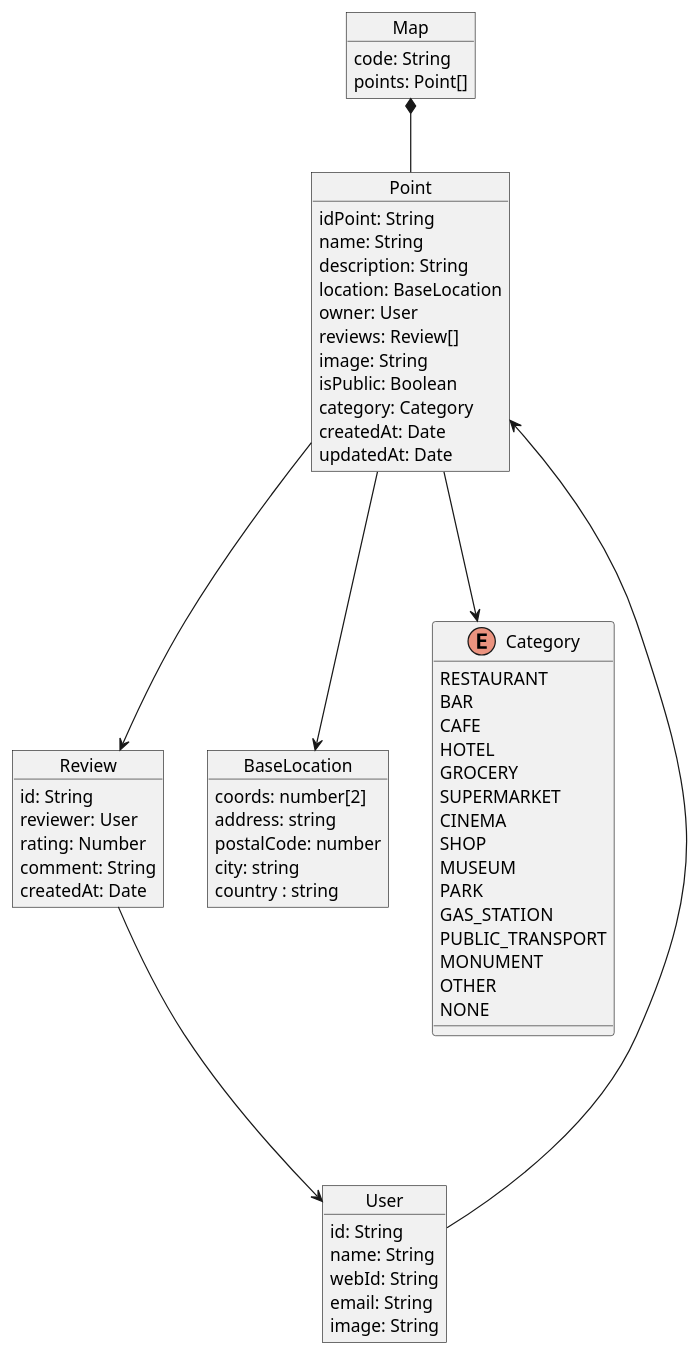
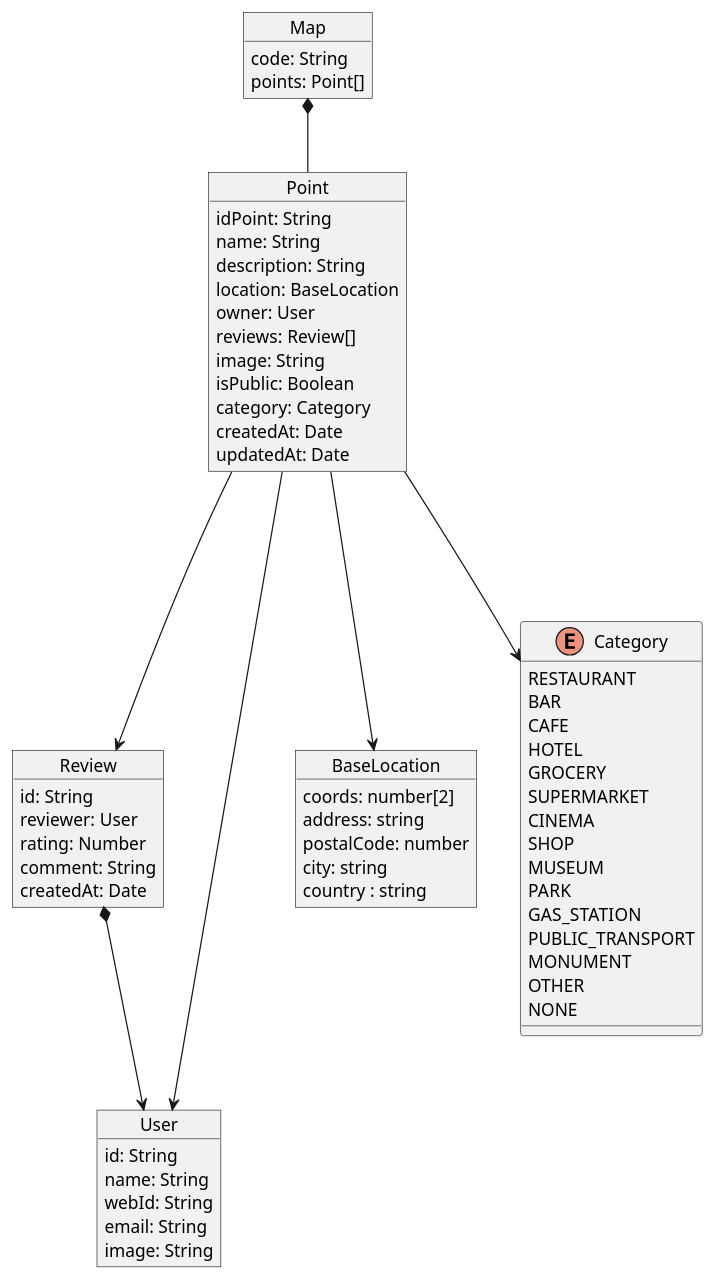
The diagram in docs/08_concepts.adoc (Arquisoft/lomap_es5a), drawn with PlantUML before and after one commit.

Commit message:
Cambios en el diagrama

```diff
--- a/docs/08_concepts.adoc
+++ b/docs/08_concepts.adoc
@@ -7,73 +7,73 @@
 [plantuml, "ModeloDeDominio", png]
 ----
 
 
 object Point{
     idPoint: String
     name: String
     description: String
     location: BaseLocation
     owner: User
     reviews: Review[]
     image: String
     isPublic: Boolean
     category: Category
     createdAt: Date
     updatedAt: Date
 }
 
 object Map{
     code: String
     points: Point[]
 }
 
 object Review{
     id: String
     reviewer: User
     rating: Number
     comment: String
     createdAt: Date
 }
 
 object User{
     id: String
     name: String
     webId: String
     email: String
     image: String
 }
 
 object BaseLocation{
     coords: number[2]
     address: string
     postalCode: number
     city: string
     country : string
 }
 
 enum Category{
     RESTAURANT
     BAR 
     CAFE
     HOTEL
     GROCERY
     SUPERMARKET
     CINEMA
     SHOP
     MUSEUM
     PARK
     GAS_STATION
     PUBLIC_TRANSPORT
     MONUMENT
     OTHER
     NONE
 }
 
 Map*--Point
 Point--->Review
-User--->Point
-Review--->User
+Point--->User
+Review*-->User
 Point--->BaseLocation
 Point--->Category
 
 ----
```
